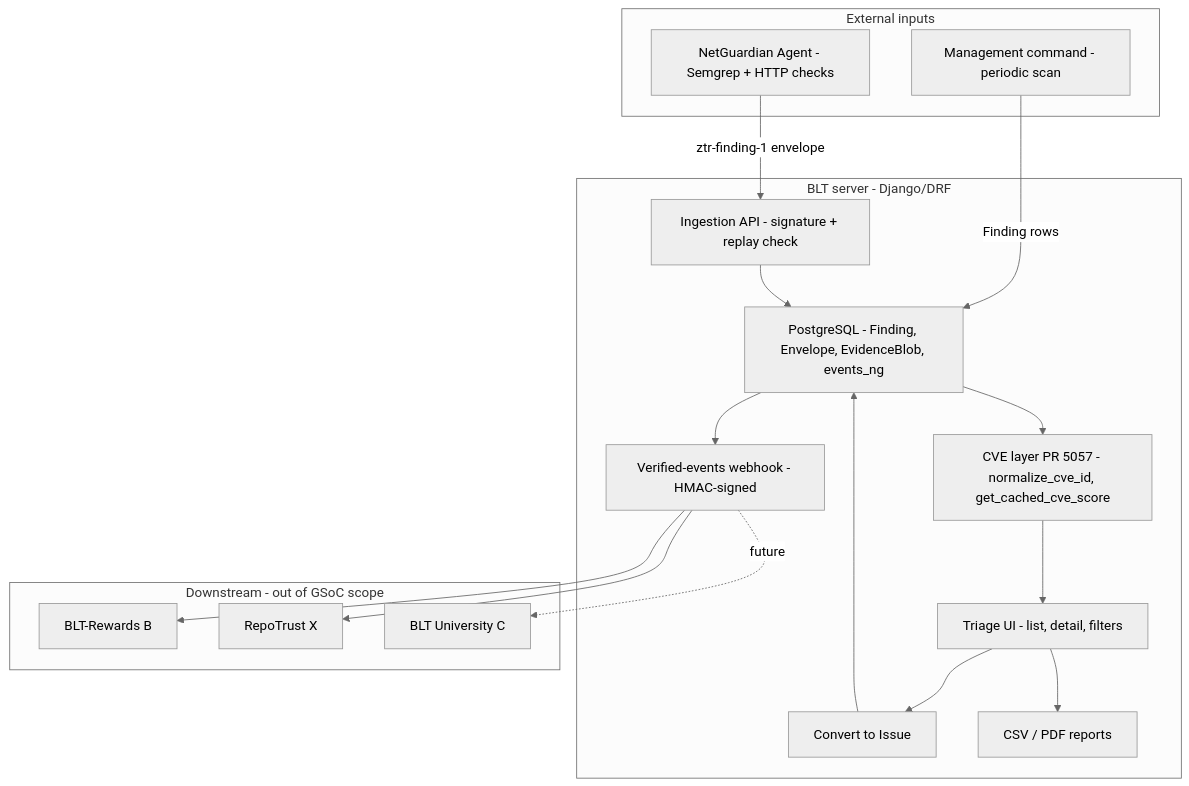
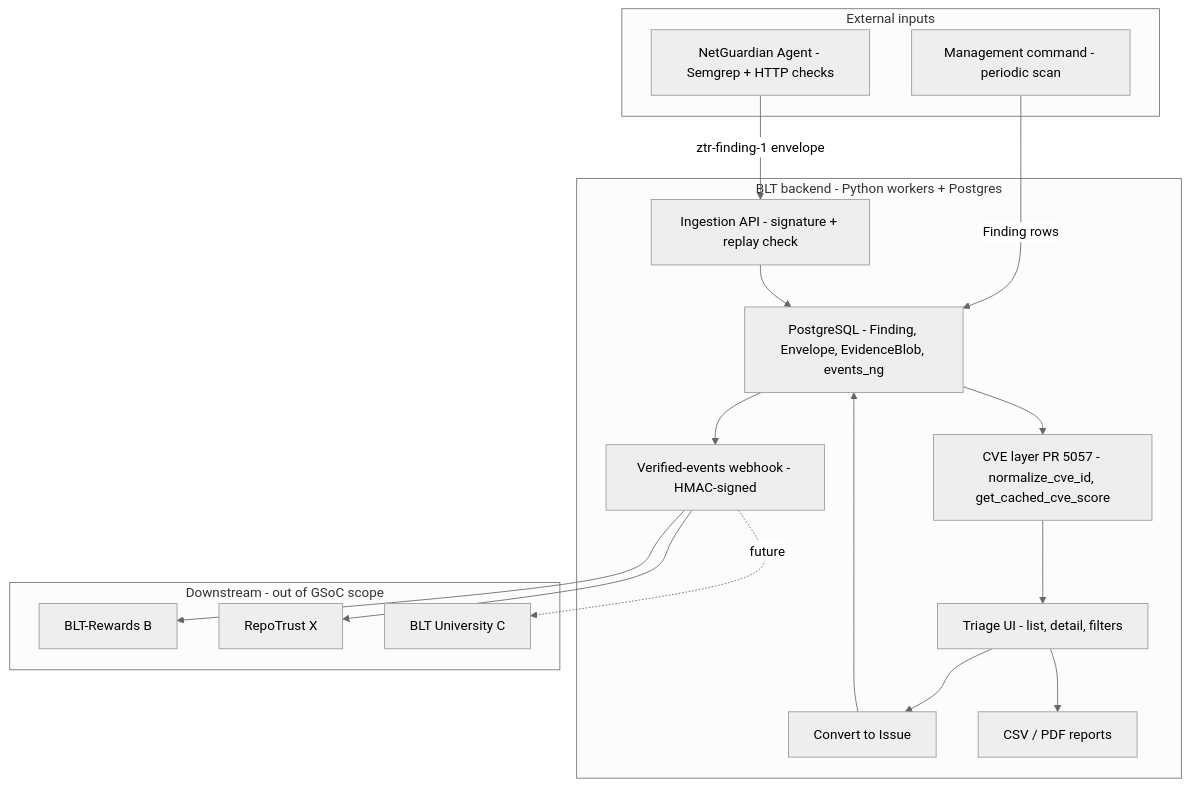
One commit to Pritz395/Just-the-approach- changed the diagram in README.md. Above: the diagram before and after it, drawn with Mermaid (neutral theme). The commit also changed other lines of this file, not shown here.

Commit message:
Update plan to Python workers and add 12-week GSoC calendar

````diff
--- a/README.md
+++ b/README.md
@@ -15,36 +15,36 @@
 ```mermaid
 flowchart TB
     subgraph External["External inputs"]
         Agent["NetGuardian Agent - Semgrep + HTTP checks"]
         MgmtCmd["Management command - periodic scan"]
     end
 
-    subgraph BLT["BLT server - Django/DRF"]
+    subgraph BLT["BLT backend - Python workers + Postgres"]
         Ingest["Ingestion API - signature + replay check"]
         DB["PostgreSQL - Finding, Envelope, EvidenceBlob, events_ng"]
         CVE["CVE layer PR 5057 - normalize_cve_id, get_cached_cve_score"]
         Triage["Triage UI - list, detail, filters"]
         Convert["Convert to Issue"]
         Reports["CSV / PDF reports"]
         Webhook["Verified-events webhook - HMAC-signed"]
     end
 
     subgraph Downstream["Downstream - out of GSoC scope"]
         Rewards["BLT-Rewards B"]
         RepoTrust["RepoTrust X"]
         University["BLT University C"]
     end
 
     Agent -->|ztr-finding-1 envelope| Ingest
     MgmtCmd -->|Finding rows| DB
     Ingest --> DB
     DB --> CVE
     CVE --> Triage
     Triage --> Convert
     Convert --> DB
     DB --> Webhook
     Triage --> Reports
     Webhook --> Rewards
     Webhook --> RepoTrust
     Webhook -.->|future| University
 ```
````
